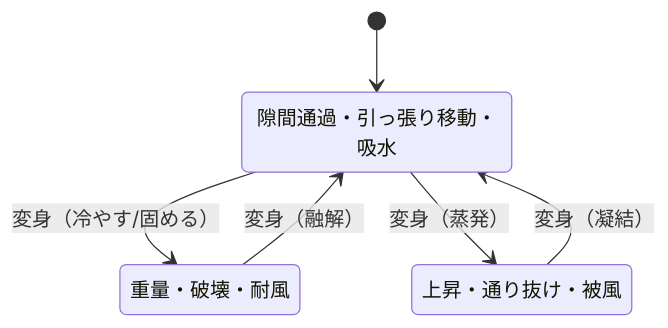
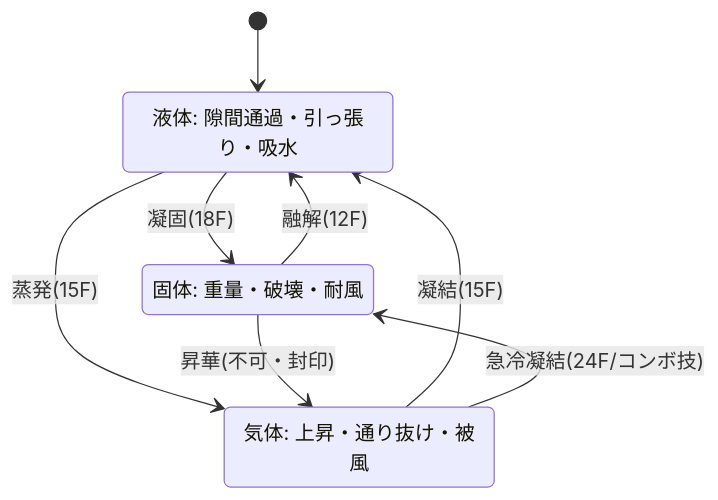
The first of 3 diagrams in docs/05_hashire-slime-kun.md (manato1201/Performance-comparison-of-each-AI), drawn with Mermaid before and after one commit. The commit also changed other lines of this file and 41 other files, not shown here.

````diff
--- a/docs/05_hashire-slime-kun.md
+++ b/docs/05_hashire-slime-kun.md
@@ -45,11 +66,13 @@
 ```mermaid
 stateDiagram-v2
-    [*] --> 液体
-    液体 --> 固体 : 変身（冷やす/固める）
-    液体 --> 気体 : 変身（蒸発）
-    固体 --> 液体 : 変身（融解）
-    気体 --> 液体 : 変身（凝結）
-    液体 : 隙間通過・引っ張り移動・吸水
-    固体 : 重量・破壊・耐風
-    気体 : 上昇・通り抜け・被風
+    [*] --> L
+    state "液体: 隙間通過・引っ張り・吸水" as L
+    state "固体: 重量・破壊・耐風" as S
+    state "気体: 上昇・通り抜け・被風" as G
+    L --> S : 凝固(18F)
+    S --> L : 融解(12F)
+    L --> G : 蒸発(15F)
+    G --> L : 凝結(15F)
+    G --> S : 急冷凝結(24F/コンボ技)
+    S --> G : 昇華(不可・封印)
 ```
````
